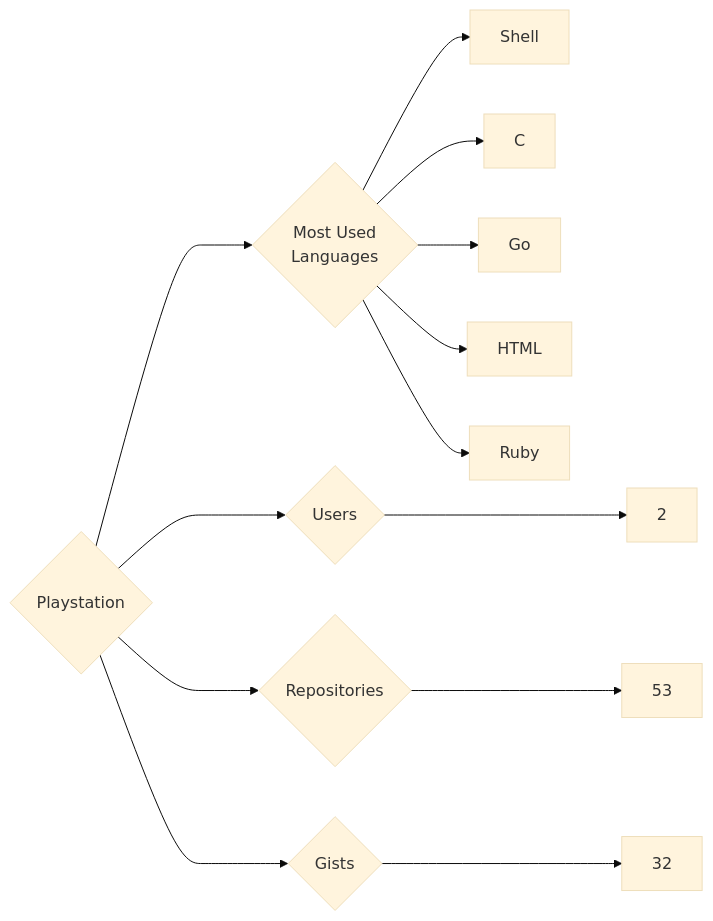
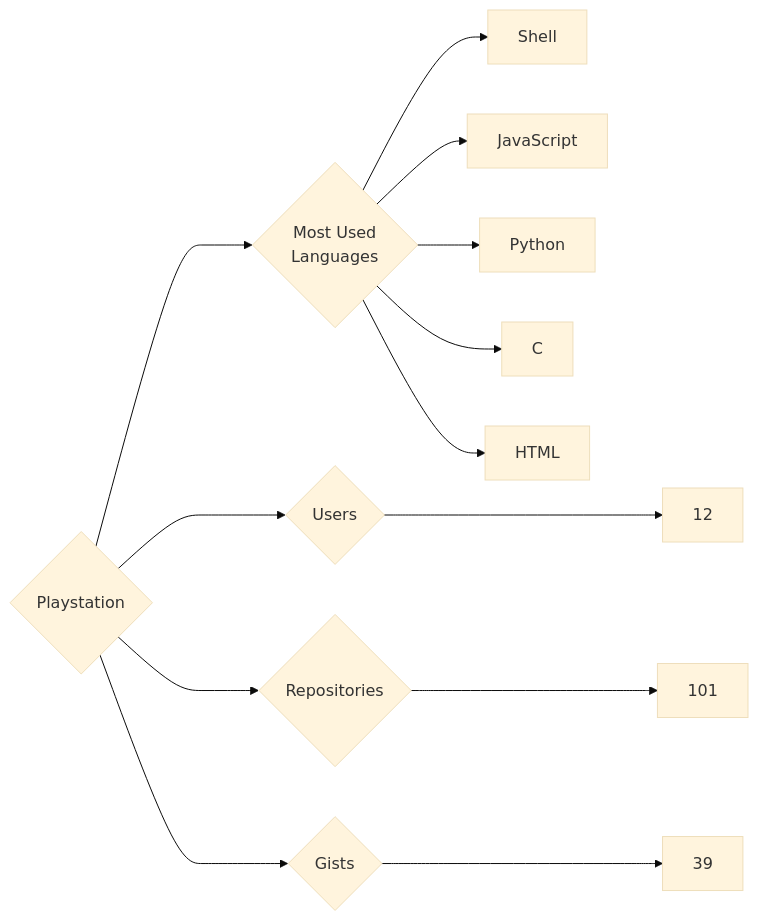
The diagram in targets/Playstation/README.md (trickest/insiders), drawn with Mermaid (base theme) before and after one commit. The commit also changed 871 other files, not shown here.

````diff
--- a/targets/Playstation/README.md
+++ b/targets/Playstation/README.md
@@ -3,13 +3,13 @@
 ```mermaid
 graph LR
 COMPANY_NAME{Playstation}
-COMPANY_NAME ---> U{Users} ---> UN[2]
-COMPANY_NAME ---> R{Repositories} ---> RN[53]
-COMPANY_NAME ---> G{Gists} ---> GN[32]
+COMPANY_NAME ---> U{Users} ---> UN[12]
+COMPANY_NAME ---> R{Repositories} ---> RN[101]
+COMPANY_NAME ---> G{Gists} ---> GN[39]
 COMPANY_NAME ---> ML{Most Used<br>Languages}
 ML --> Shell[Shell]
+ML --> JavaScript[JavaScript]
+ML --> Python[Python]
 ML --> C[C]
-ML --> Go[Go]
 ML --> HTML[HTML]
-ML --> Ruby[Ruby]
 ```
````
